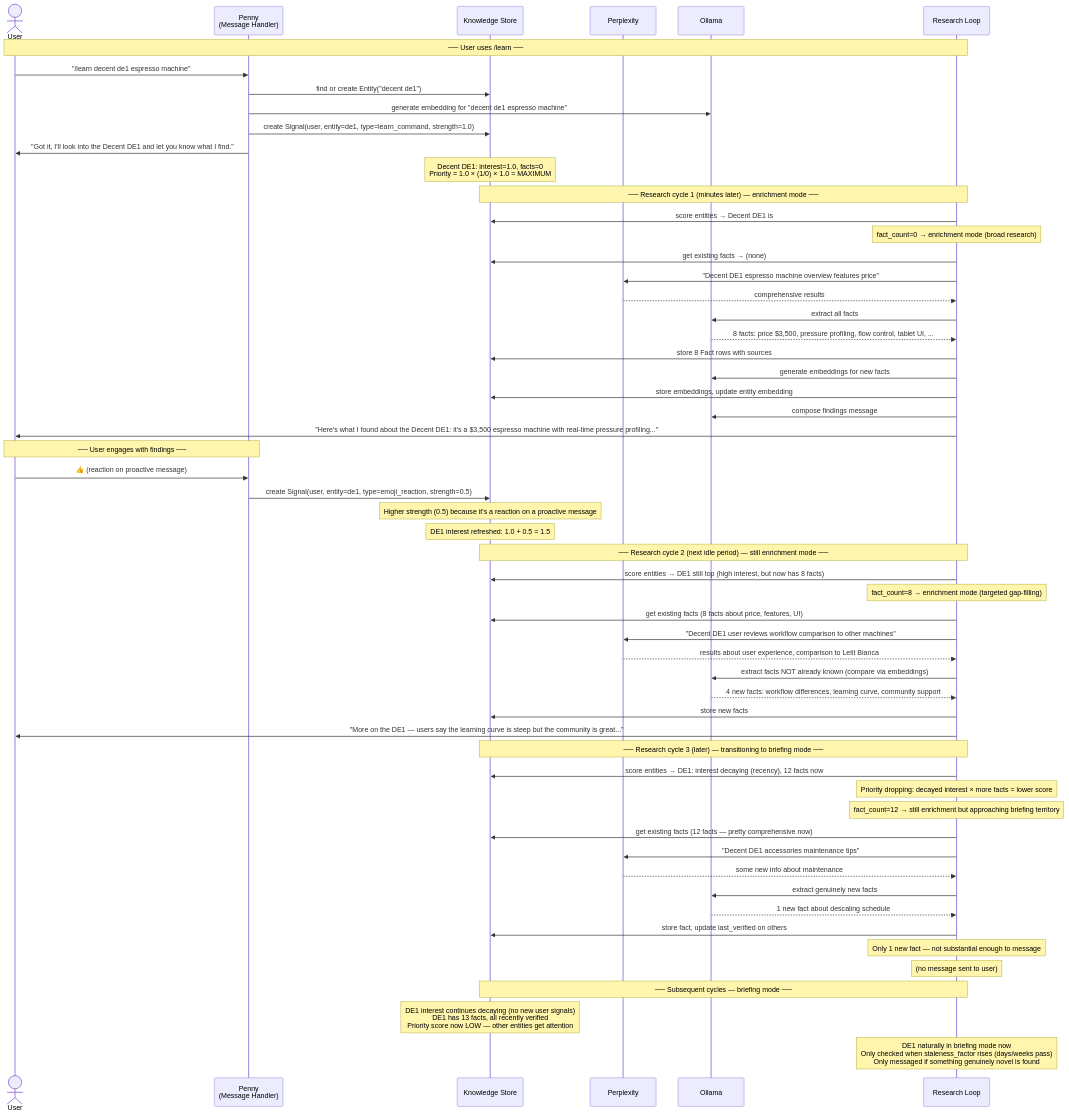
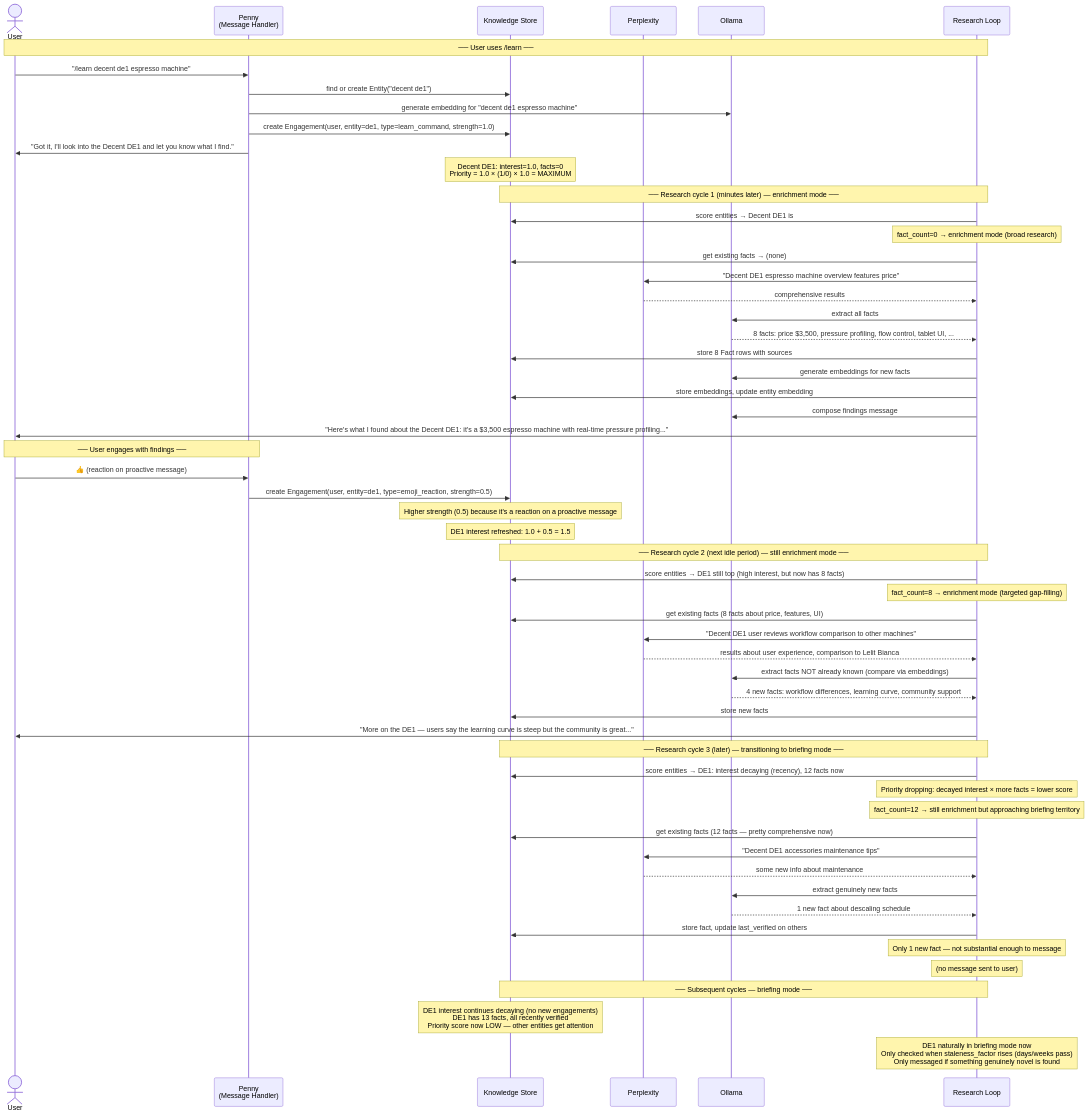
One commit to jaredlockhart/penny changed the second of 6 diagrams in docs/knowledge-system-flows.md. Above: the diagram before and after it, drawn with Mermaid. The commit also changed other lines of this file and 32 other files, not shown here.

````diff
--- a/docs/knowledge-system-flows.md
+++ b/docs/knowledge-system-flows.md
@@ -98,73 +98,73 @@
 ```mermaid
 sequenceDiagram
     actor User
     participant Penny as Penny<br/>(Message Handler)
     participant DB as Knowledge Store
     participant Search as Perplexity
     participant LLM as Ollama
     participant Research as Research Loop
 
     Note over User,Research: ── User uses /learn ──
 
     User->>Penny: "/learn decent de1 espresso machine"
     Penny->>DB: find or create Entity("decent de1")
     Penny->>LLM: generate embedding for "decent de1 espresso machine"
-    Penny->>DB: create Signal(user, entity=de1, type=learn_command, strength=1.0)
+    Penny->>DB: create Engagement(user, entity=de1, type=learn_command, strength=1.0)
     Penny->>User: "Got it, I'll look into the Decent DE1 and let you know what I find."
 
     Note over DB: Decent DE1: interest=1.0, facts=0<br/>Priority = 1.0 × (1/0) × 1.0 = MAXIMUM
 
     Note over Research,DB: ── Research cycle 1 (minutes later) — enrichment mode ──
 
     Research->>DB: score entities → Decent DE1 is #1 (max interest, zero facts)
     Note over Research: fact_count=0 → enrichment mode (broad research)
     Research->>DB: get existing facts → (none)
     Research->>Search: "Decent DE1 espresso machine overview features price"
     Search-->>Research: comprehensive results
     Research->>LLM: extract all facts
     LLM-->>Research: 8 facts: price $3,500, pressure profiling, flow control, tablet UI, ...
     Research->>DB: store 8 Fact rows with sources
     Research->>LLM: generate embeddings for new facts
     Research->>DB: store embeddings, update entity embedding
     Research->>LLM: compose findings message
     Research->>User: "Here's what I found about the Decent DE1: it's a $3,500 espresso machine with real-time pressure profiling..."
 
     Note over User,Penny: ── User engages with findings ──
 
     User->>Penny: 👍 (reaction on proactive message)
-    Penny->>DB: create Signal(user, entity=de1, type=emoji_reaction, strength=0.5)
+    Penny->>DB: create Engagement(user, entity=de1, type=emoji_reaction, strength=0.5)
     Note over DB: Higher strength (0.5) because it's a reaction on a proactive message
 
     Note over DB: DE1 interest refreshed: 1.0 + 0.5 = 1.5
 
     Note over Research,DB: ── Research cycle 2 (next idle period) — still enrichment mode ──
 
     Research->>DB: score entities → DE1 still top (high interest, but now has 8 facts)
     Note over Research: fact_count=8 → enrichment mode (targeted gap-filling)
     Research->>DB: get existing facts (8 facts about price, features, UI)
     Research->>Search: "Decent DE1 user reviews workflow comparison to other machines"
     Search-->>Research: results about user experience, comparison to Lelit Bianca
     Research->>LLM: extract facts NOT already known (compare via embeddings)
     LLM-->>Research: 4 new facts: workflow differences, learning curve, community support
     Research->>DB: store new facts
     Research->>User: "More on the DE1 — users say the learning curve is steep but the community is great..."
 
     Note over Research,DB: ── Research cycle 3 (later) — transitioning to briefing mode ──
 
     Research->>DB: score entities → DE1: interest decaying (recency), 12 facts now
     Note over Research: Priority dropping: decayed interest × more facts = lower score
     Note over Research: fact_count=12 → still enrichment but approaching briefing territory
     Research->>DB: get existing facts (12 facts — pretty comprehensive now)
     Research->>Search: "Decent DE1 accessories maintenance tips"
     Search-->>Research: some new info about maintenance
     Research->>LLM: extract genuinely new facts
     LLM-->>Research: 1 new fact about descaling schedule
     Research->>DB: store fact, update last_verified on others
     Note over Research: Only 1 new fact — not substantial enough to message
     Note over Research: (no message sent to user)
 
     Note over Research,DB: ── Subsequent cycles — briefing mode ──
 
-    Note over DB: DE1 interest continues decaying (no new user signals)<br/>DE1 has 13 facts, all recently verified<br/>Priority score now LOW — other entities get attention
+    Note over DB: DE1 interest continues decaying (no new engagements)<br/>DE1 has 13 facts, all recently verified<br/>Priority score now LOW — other entities get attention
     Note over Research: DE1 naturally in briefing mode now<br/>Only checked when staleness_factor rises (days/weeks pass)<br/>Only messaged if something genuinely novel is found
 ```
````
